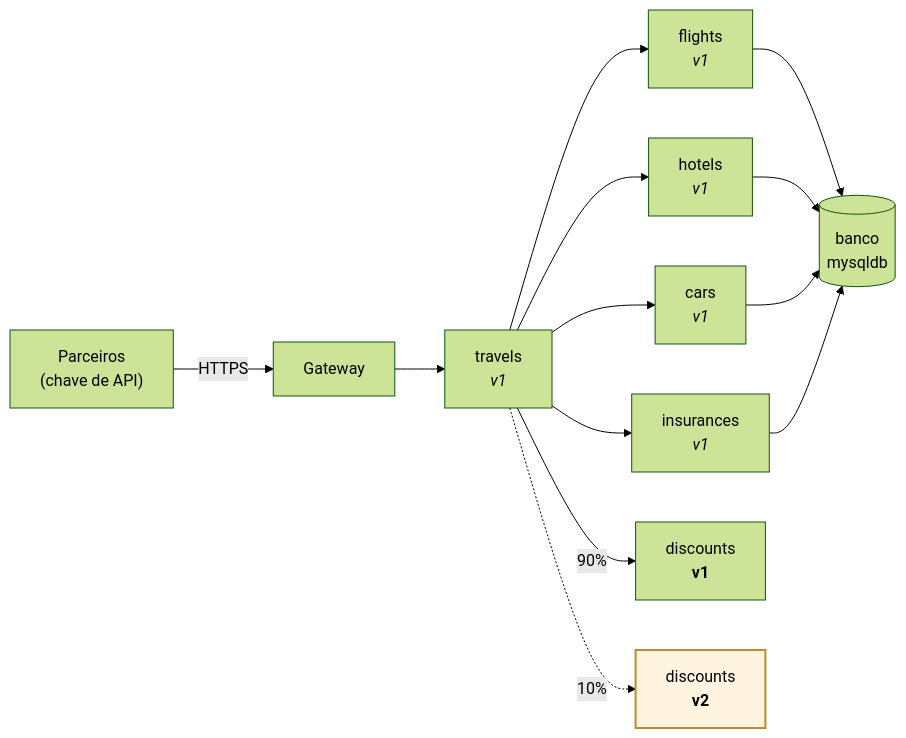
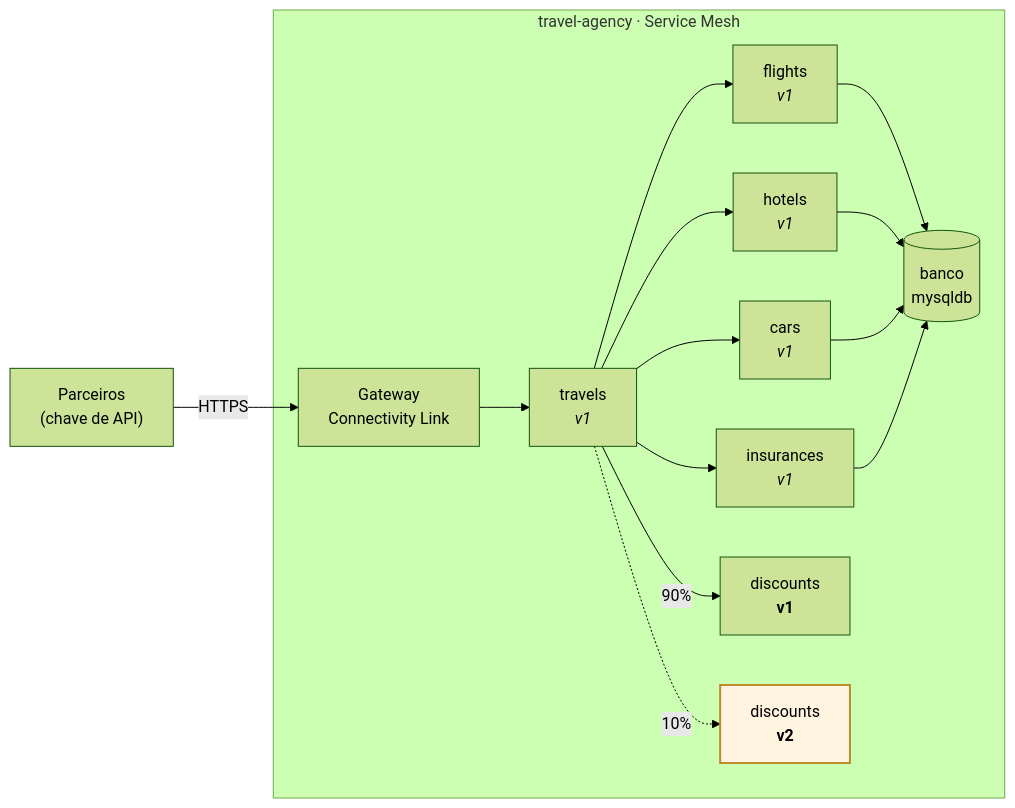
One commit to workshop-tanaka/rhcl-connectivity-workshop changed the first of 2 diagrams in content/modules/ROOT/pages/historia.adoc. Above: the diagram before and after it, drawn with Mermaid (forest theme). The commit also changed other lines of this file and 17 other files, not shown here.

```diff
--- a/content/modules/ROOT/pages/historia.adoc
+++ b/content/modules/ROOT/pages/historia.adoc
@@ -30,15 +27,17 @@
 [mermaid]
 ....
 flowchart LR
-  P["Parceiros<br/>(chave de API)"] -->|HTTPS| G["Gateway"]
-  G --> T["travels<br/><i>v1</i>"]
-  T --> F["flights<br/><i>v1</i>"]
-  T --> H["hotels<br/><i>v1</i>"]
-  T --> C["cars<br/><i>v1</i>"]
-  T --> I["insurances<br/><i>v1</i>"]
-  T -->|"90%"| D1["discounts<br/><b>v1</b>"]
-  T -.->|"10%"| D2["discounts<br/><b>v2</b>"]
-  F & H & C & I --> DB[("banco<br/>mysqldb")]
+  P["Parceiros<br/>(chave de API)"] -->|HTTPS| G["Gateway<br/>Connectivity Link"]
+  subgraph APP["travel-agency · Service Mesh"]
+    G --> T["travels<br/><i>v1</i>"]
+    T --> F["flights<br/><i>v1</i>"]
+    T --> H["hotels<br/><i>v1</i>"]
+    T --> C["cars<br/><i>v1</i>"]
+    T --> I["insurances<br/><i>v1</i>"]
+    T -->|"90%"| D1["discounts<br/><b>v1</b>"]
+    T -.->|"10%"| D2["discounts<br/><b>v2</b>"]
+    F & H & C & I --> DB[("banco<br/>mysqldb")]
+  end
   classDef versaoNova fill:#fff4e0,stroke:#c08a2e,stroke-width:2px
   class D2 versaoNova
 ....
```
